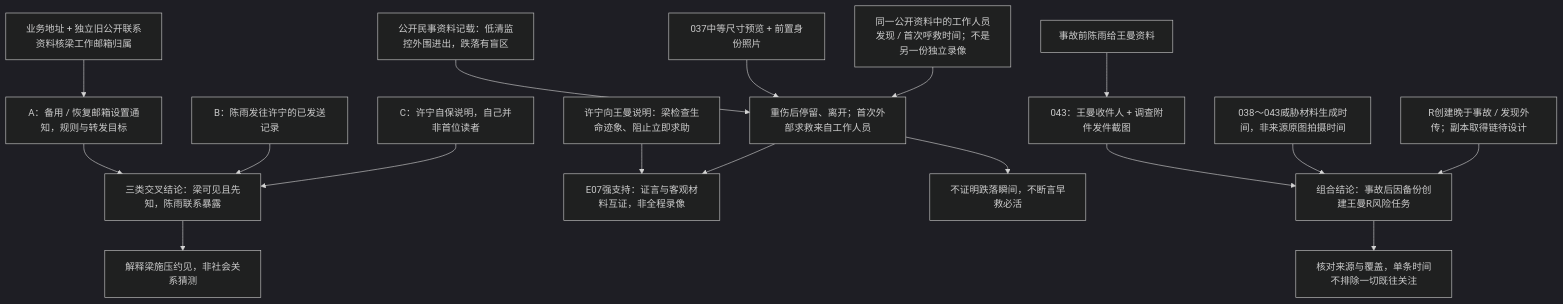
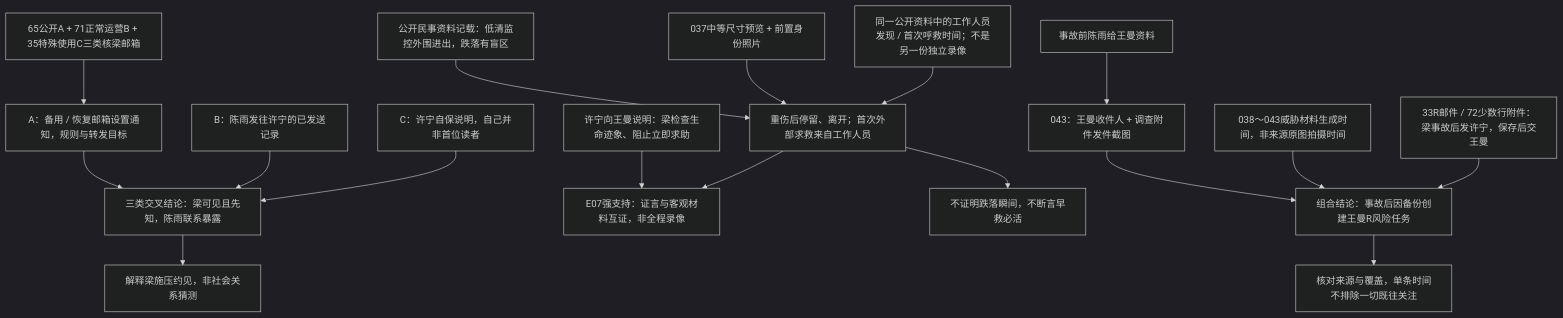
One commit to volcano-77/last-seen-online changed the third of 6 diagrams in docs/cases/case-01-missing-person/information-dependency-map.md. Above: the diagram before and after it, drawn with Mermaid (dark theme). The commit also changed other lines of this file and 5 other files, not shown here.

````diff
--- a/docs/cases/case-01-missing-person/information-dependency-map.md
+++ b/docs/cases/case-01-missing-person/information-dependency-map.md
@@ -262,21 +263,21 @@
 ```mermaid
 flowchart TD
   notices["A：备用 / 恢复邮箱设置通知，规则与转发目标"] --> exposure["三类交叉结论：梁可见且先知，陈雨联系暴露"]
   sentXu["B：陈雨发往许宁的已发送记录"] --> exposure
   xuNote["C：许宁自保说明，自己并非首位读者"] --> exposure
-  owner["业务地址 + 独立旧公开联系资料核梁工作邮箱归属"] --> notices
+  owner["65公开A + 71正常运营B + 35特殊使用C三类核梁邮箱"] --> notices
   exposure --> pressure["解释梁施压约见，非社会关系猜测"]
 
   cctv["公开民事资料记载：低清监控外围进出，跌落有盲区"] --> delay["重伤后停留、离开；首次外部求救来自工作人员"]
   photo["037中等尺寸预览 + 前置身份照片"] --> delay
   call["同一公开资料中的工作人员发现 / 首次呼救时间；不是另一份独立录像"] --> delay
   testimony["许宁向王曼说明：梁检查生命迹象、阻止立即求助"] --> informed["E07强支持：证言与客观材料互证，非全程录像"]
   delay --> informed
   delay --> boundary["不证明跌落瞬间，不断言早救必活"]
 
   sourceSent["事故前陈雨给王曼资料"] --> screenshot["043：王曼收件人 + 调查附件发件截图"]
   screenshot --> newTarget["组合结论：事故后因备份创建王曼R风险任务"]
   generation["038～043威胁材料生成时间，非来源原图拍摄时间"] --> newTarget
-  task["R创建晚于事故 / 发现外传；副本取得链待设计"] --> newTarget
+  task["33R邮件 / 72少数行附件：梁事故后发许宁，保存后交王曼"] --> newTarget
   newTarget --> requirement["核对来源与覆盖，单条时间不排除一切既往关注"]
 ```
````
